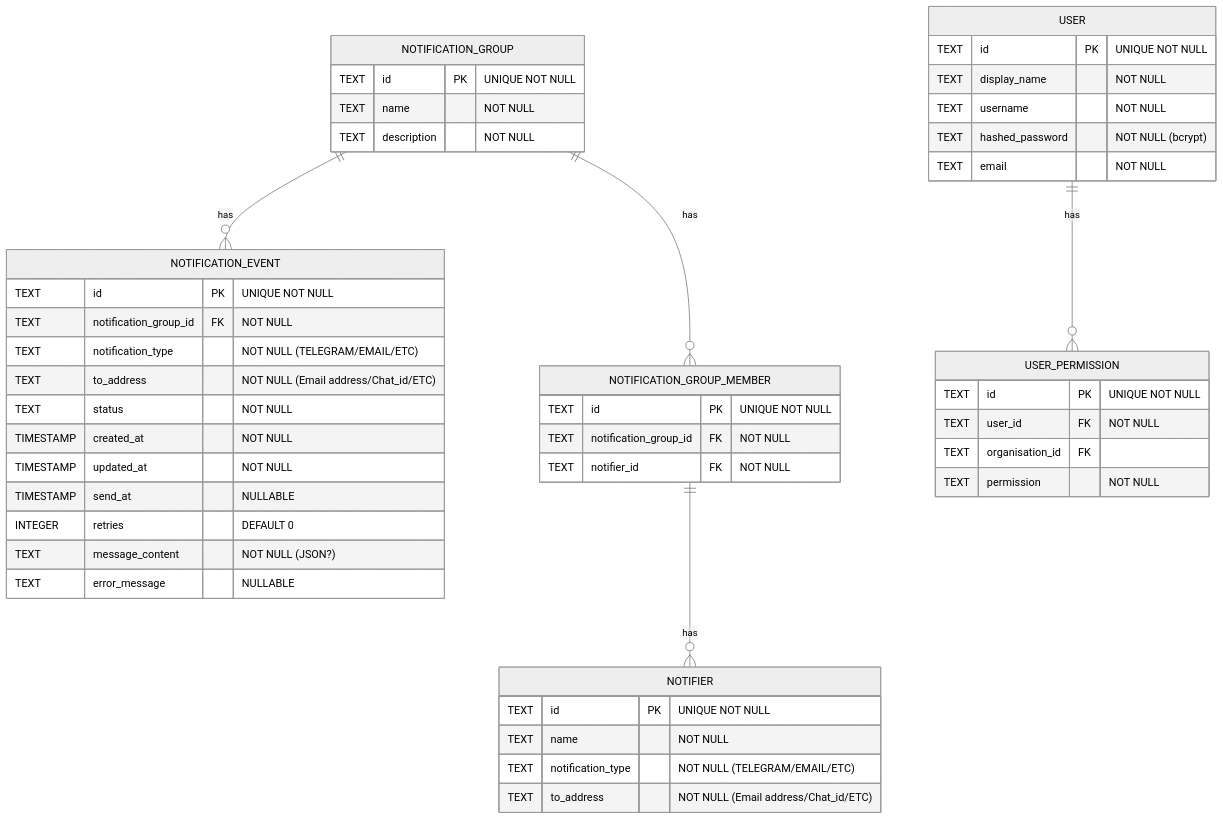
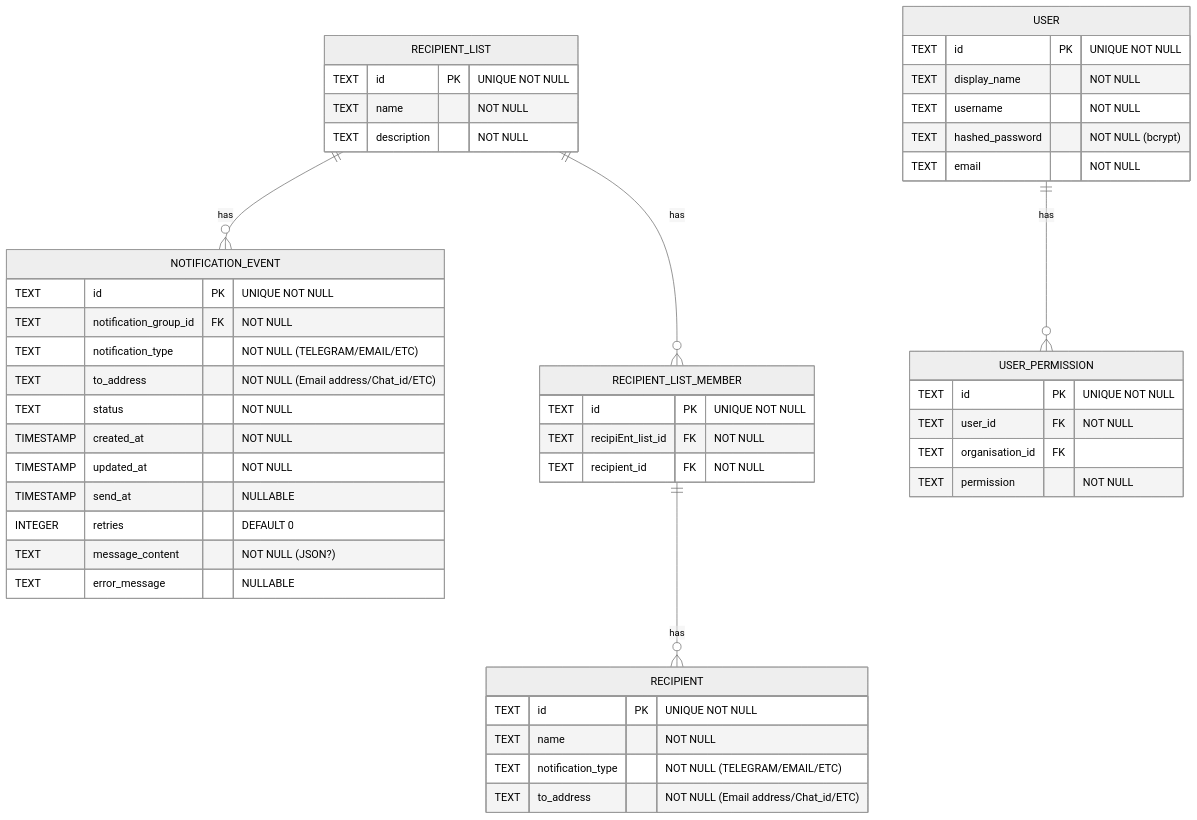
One commit to openmsupply/notify changed the diagram in docs/schema.md. Above: the diagram before and after it, drawn with Mermaid (neutral theme).

Commit message:
Rename to RECIPIENT

````diff
--- a/docs/schema.md
+++ b/docs/schema.md
@@ -10,49 +10,49 @@
 ```mermaid
 erDiagram
     NOTIFICATION_EVENT {
         TEXT id PK "UNIQUE NOT NULL"
         TEXT notification_group_id FK "NOT NULL"
         TEXT notification_type "NOT NULL (TELEGRAM/EMAIL/ETC)"
         TEXT to_address "NOT NULL (Email address/Chat_id/ETC)"
         TEXT status "NOT NULL"
         TIMESTAMP created_at "NOT NULL"
         TIMESTAMP updated_at "NOT NULL"
         TIMESTAMP send_at "NULLABLE"
         INTEGER retries "DEFAULT 0"
         TEXT message_content "NOT NULL (JSON?)"
         TEXT error_message "NULLABLE"
     }
-    NOTIFICATION_GROUP {
+    RECIPIENT_LIST {
         TEXT id PK "UNIQUE NOT NULL"
         TEXT name "NOT NULL"
         TEXT description "NOT NULL"
     }
-    NOTIFICATION_GROUP_MEMBER {
+    RECIPIENT_LIST_MEMBER {
         TEXT id PK "UNIQUE NOT NULL"
-        TEXT notification_group_id FK "NOT NULL"
-        TEXT notifier_id FK "NOT NULL"
+        TEXT recipiEnt_list_id FK "NOT NULL"
+        TEXT recipient_id FK "NOT NULL"
     }
-    NOTIFIER {
+    RECIPIENT {
         TEXT id PK "UNIQUE NOT NULL"
         TEXT name "NOT NULL"
         TEXT notification_type "NOT NULL (TELEGRAM/EMAIL/ETC)"
         TEXT to_address "NOT NULL (Email address/Chat_id/ETC)"
     }
     USER {
 	    TEXT id PK "UNIQUE NOT NULL"
 	    TEXT display_name "NOT NULL"
         TEXT username  "NOT NULL"
         TEXT hashed_password "NOT NULL (bcrypt)"
         TEXT email "NOT NULL"
     }
     USER_PERMISSION {
 	    TEXT id PK "UNIQUE NOT NULL"
         TEXT user_id FK "NOT NULL"
         TEXT organisation_id FK ""
 	    TEXT permission "NOT NULL"
     }
-    NOTIFICATION_GROUP ||--o{ NOTIFICATION_EVENT : has
-    NOTIFICATION_GROUP ||--o{ NOTIFICATION_GROUP_MEMBER : has
-    NOTIFICATION_GROUP_MEMBER ||--o{ NOTIFIER : has
+    RECIPIENT_LIST ||--o{ NOTIFICATION_EVENT : has
+    RECIPIENT_LIST ||--o{ RECIPIENT_LIST_MEMBER : has
+    RECIPIENT_LIST_MEMBER ||--o{ RECIPIENT : has
     USER ||--o{ USER_PERMISSION : has
 ```
````
